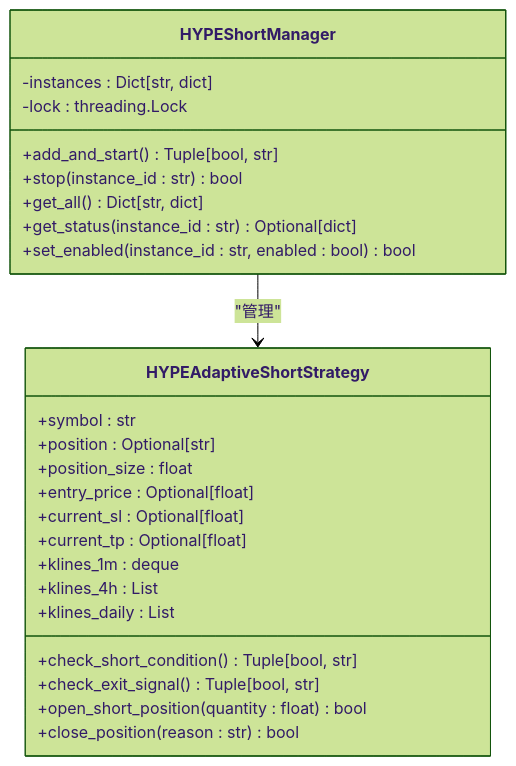
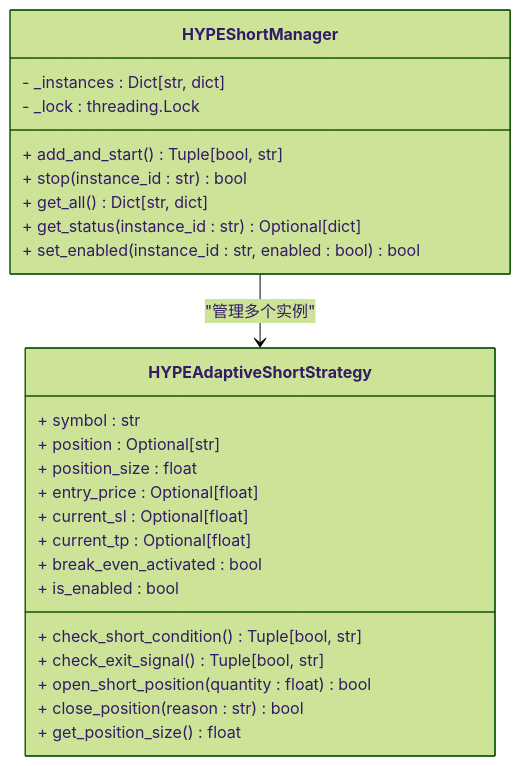
One commit to zyf266/ending changed the second of 9 diagrams in .qoder/repowiki/zh/content/核心模块详解/策略框架/具体策略实现/HYPE自适应做空策略.md. Above: the diagram before and after it, drawn with Mermaid (forest theme). The commit also changed other lines of this file and 40 other files, not shown here.

````diff
--- a/.qoder/repowiki/zh/content/核心模块详解/策略框架/具体策略实现/HYPE自适应做空策略.md
+++ b/.qoder/repowiki/zh/content/核心模块详解/策略框架/具体策略实现/HYPE自适应做空策略.md
@@ -76,28 +95,28 @@
 ```mermaid
 classDiagram
 class HYPEShortManager {
--instances : Dict[str, dict]
--lock : threading.Lock
-+add_and_start() Tuple[bool, str]
-+stop(instance_id : str) bool
-+get_all() Dict[str, dict]
-+get_status(instance_id : str) Optional[dict]
-+set_enabled(instance_id : str, enabled : bool) bool
+- _instances : Dict[str, dict]
+- _lock : threading.Lock
++ add_and_start() Tuple[bool, str]
++ stop(instance_id : str) bool
++ get_all() Dict[str, dict]
++ get_status(instance_id : str) Optional[dict]
++ set_enabled(instance_id : str, enabled : bool) bool
 }
 class HYPEAdaptiveShortStrategy {
-+symbol : str
-+position : Optional[str]
-+position_size : float
-+entry_price : Optional[float]
-+current_sl : Optional[float]
-+current_tp : Optional[float]
-+klines_1m : deque
-+klines_4h : List
-+klines_daily : List
-+check_short_condition() Tuple[bool, str]
-+check_exit_signal() Tuple[bool, str]
-+open_short_position(quantity : float) bool
-+close_position(reason : str) bool
++ symbol : str
++ position : Optional[str]
++ position_size : float
++ entry_price : Optional[float]
++ current_sl : Optional[float]
++ current_tp : Optional[float]
++ break_even_activated : bool
++ is_enabled : bool
++ check_short_condition() Tuple[bool, str]
++ check_exit_signal() Tuple[bool, str]
++ open_short_position(quantity : float) bool
++ close_position(reason : str) bool
++ get_position_size() float
 }
-HYPEShortManager --> HYPEAdaptiveShortStrategy : "管理"
+HYPEShortManager --> HYPEAdaptiveShortStrategy : "管理多个实例"
 ```
````
